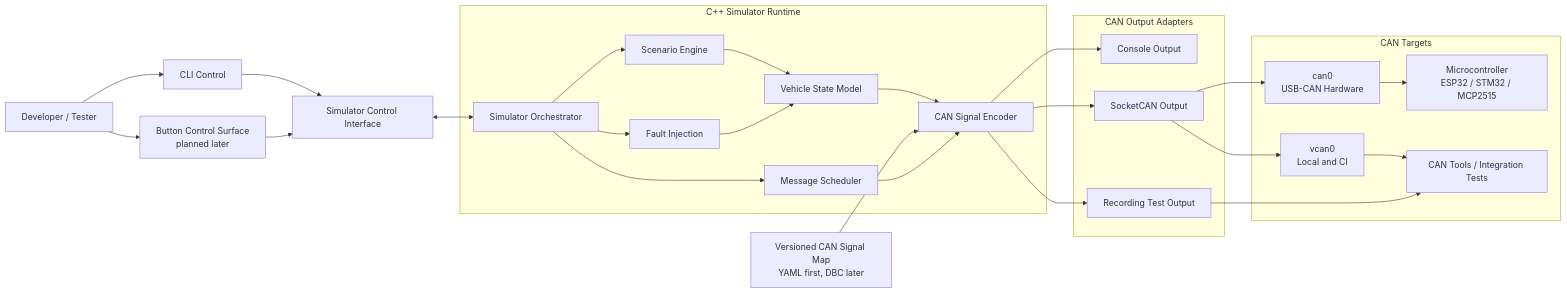
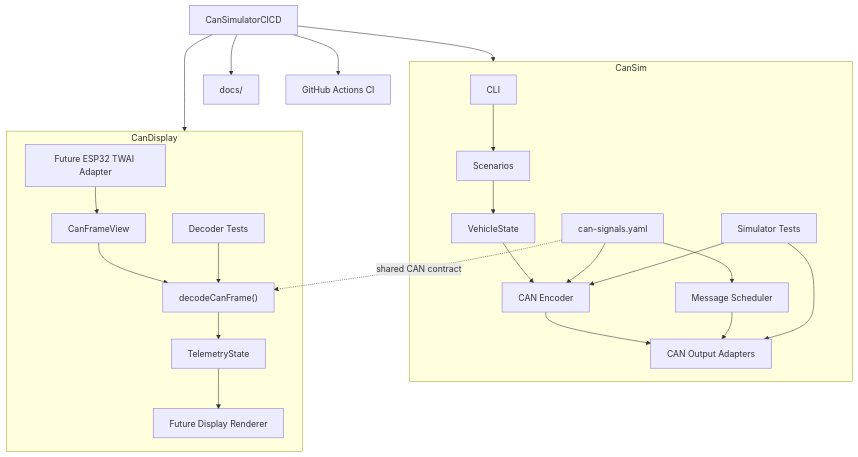
Before and after one commit to theoavgitidis/CanSimulatorCICD: the first of 6 diagrams in docs/plannedArchitectures/architecture-diagrams.md, drawn with Mermaid. The commit also changed other lines of this file and 9 other files, not shown here.

````diff
--- a/docs/plannedArchitectures/architecture-diagrams.md
+++ b/docs/plannedArchitectures/architecture-diagrams.md
@@ -9,56 +13,50 @@
 ```mermaid
-flowchart LR
-    user["Developer / Tester"]
-    cli["CLI Control"]
-    buttons["Button Control Surface<br/>planned later"]
-    control["Simulator Control Interface"]
+flowchart TB
+    repo["CanSimulatorCICD"]
 
-    subgraph simulator["C++ Simulator Runtime"]
-        scenario["Scenario Engine"]
-        state["Vehicle State Model"]
-        faults["Fault Injection"]
-        scheduler["Message Scheduler"]
-        encoder["CAN Signal Encoder"]
-        app["Simulator Orchestrator"]
+    subgraph canSim["CanSim"]
+        simCli["CLI"]
+        simState["VehicleState"]
+        simScenario["Scenarios"]
+        simMap["can-signals.yaml"]
+        simEncoder["CAN Encoder"]
+        simScheduler["Message Scheduler"]
+        simOutput["CAN Output Adapters"]
+        simTests["Simulator Tests"]
     end
 
-    signalMap["Versioned CAN Signal Map<br/>YAML first, DBC later"]
-
-    subgraph outputs["CAN Output Adapters"]
-        console["Console Output"]
-        socketcan["SocketCAN Output"]
-        recording["Recording Test Output"]
+    subgraph canDisplay["CanDisplay"]
+        frameView["CanFrameView"]
+        decoder["decodeCanFrame()"]
+        telemetry["TelemetryState"]
+        displayTests["Decoder Tests"]
+        esp32Future["Future ESP32 TWAI Adapter"]
+        rendererFuture["Future Display Renderer"]
     end
 
-    subgraph canTargets["CAN Targets"]
-        vcan["vcan0<br/>Local and CI"]
-        can0["can0<br/>USB-CAN Hardware"]
-        mcu["Microcontroller<br/>ESP32 / STM32 / MCP2515"]
-        tools["CAN Tools / Integration Tests"]
-    end
+    docs["docs/"]
+    ci["GitHub Actions CI"]
 
-    user --> cli
-    user --> buttons
-    cli --> control
-    buttons --> control
-    control <--> app
+    repo --> canSim
+    repo --> canDisplay
+    repo --> docs
+    repo --> ci
 
-    app --> scenario
-    app --> faults
-    app --> scheduler
-    scenario --> state
-    faults --> state
-    state --> encoder
-    signalMap --> encoder
-    scheduler --> encoder
+    simCli --> simScenario
+    simScenario --> simState
+    simState --> simEncoder
+    simMap --> simEncoder
+    simMap --> simScheduler
+    simEncoder --> simOutput
+    simScheduler --> simOutput
+    simTests --> simEncoder
+    simTests --> simOutput
 
-    encoder --> console
-    encoder --> socketcan
-    encoder --> recording
+    frameView --> decoder
+    decoder --> telemetry
+    displayTests --> decoder
+    esp32Future --> frameView
+    telemetry --> rendererFuture
 
-    socketcan --> vcan
-    socketcan --> can0
-    vcan --> tools
-    can0 --> mcu
-    recording --> tools
+    simMap -. "shared CAN contract" .-> decoder
 ```
````
